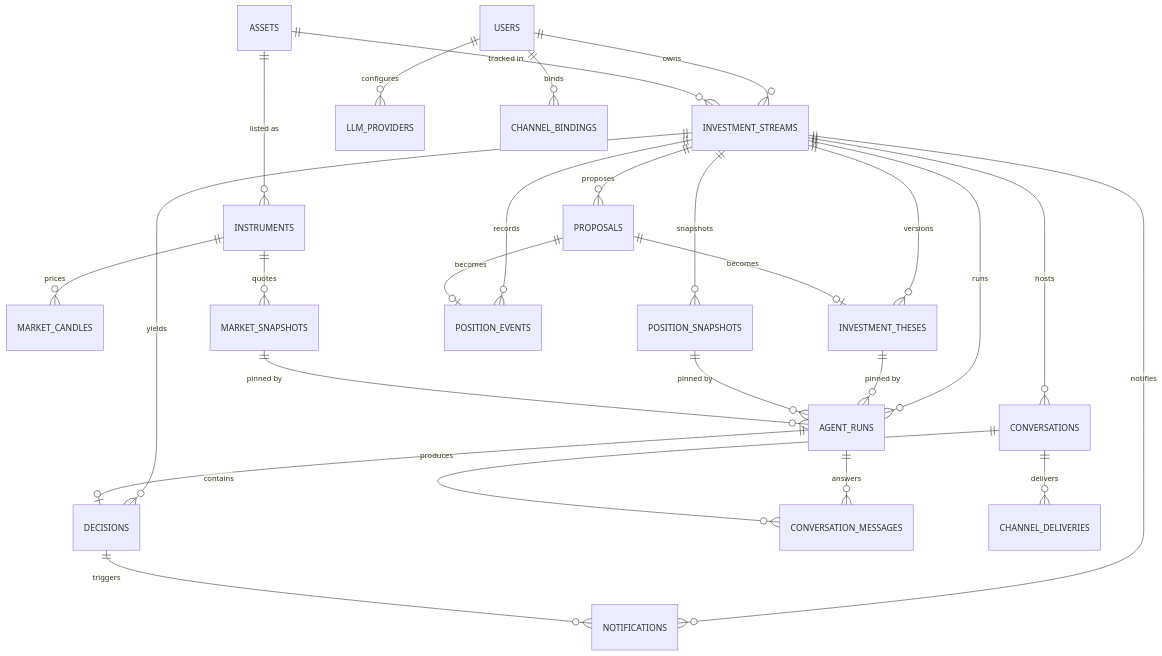
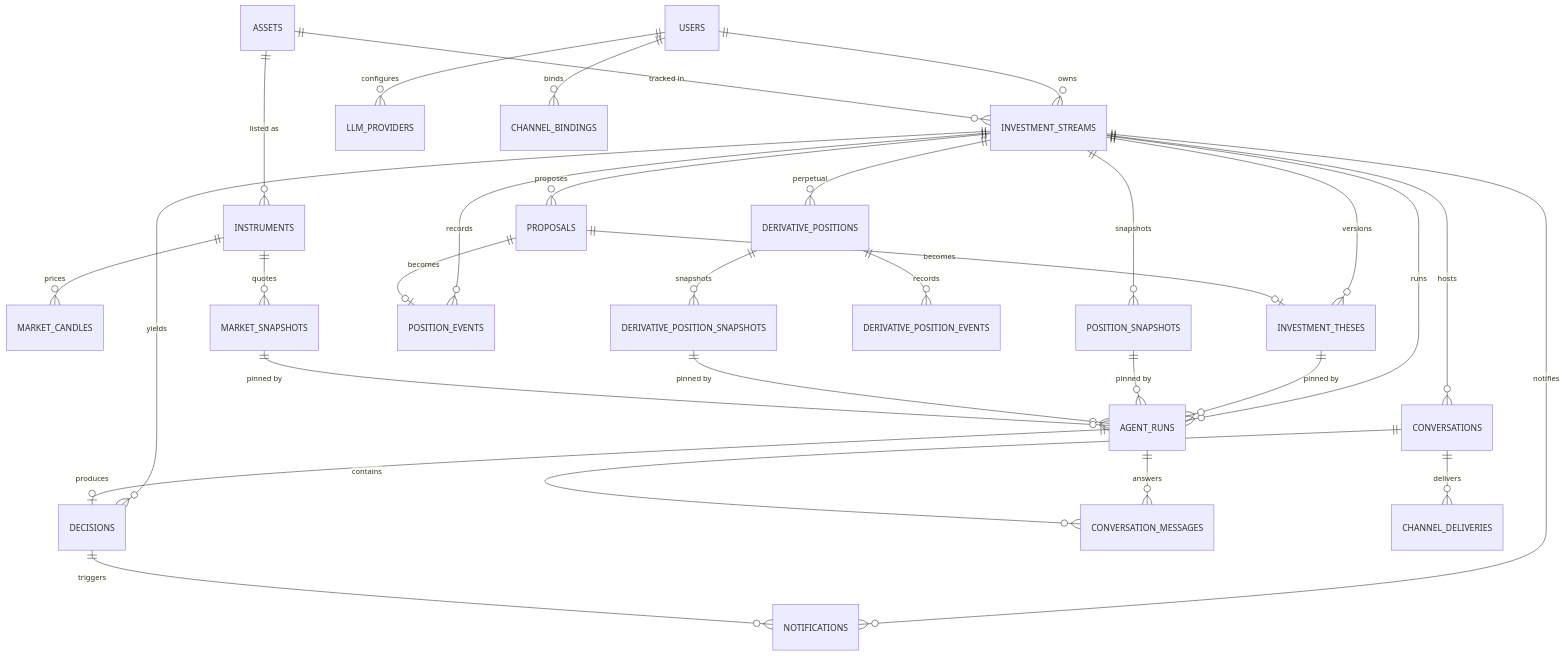
The diagram in docs/design/01-domain-model.md (leo-lee-4231/thesium), drawn with Mermaid before and after one commit. The commit also changed other lines of this file and 20 other files, not shown here.

````diff
--- a/docs/design/01-domain-model.md
+++ b/docs/design/01-domain-model.md
@@ -113,35 +138,39 @@
 ```mermaid
 erDiagram
     USERS ||--o{ INVESTMENT_STREAMS : "owns"
     USERS ||--o{ LLM_PROVIDERS : "configures"
     USERS ||--o{ CHANNEL_BINDINGS : "binds"
 
     ASSETS ||--o{ INSTRUMENTS : "listed as"
     ASSETS ||--o{ INVESTMENT_STREAMS : "tracked in"
     INSTRUMENTS ||--o{ MARKET_CANDLES : "prices"
     INSTRUMENTS ||--o{ MARKET_SNAPSHOTS : "quotes"
 
     INVESTMENT_STREAMS ||--o{ INVESTMENT_THESES : "versions"
     INVESTMENT_STREAMS ||--o{ POSITION_EVENTS : "records"
     INVESTMENT_STREAMS ||--o{ POSITION_SNAPSHOTS : "snapshots"
+    INVESTMENT_STREAMS ||--o{ DERIVATIVE_POSITIONS : "perpetual"
+    DERIVATIVE_POSITIONS ||--o{ DERIVATIVE_POSITION_EVENTS : "records"
+    DERIVATIVE_POSITIONS ||--o{ DERIVATIVE_POSITION_SNAPSHOTS : "snapshots"
     INVESTMENT_STREAMS ||--o{ AGENT_RUNS : "runs"
     INVESTMENT_STREAMS ||--o{ DECISIONS : "yields"
     INVESTMENT_STREAMS ||--o{ CONVERSATIONS : "hosts"
     INVESTMENT_STREAMS ||--o{ PROPOSALS : "proposes"
     INVESTMENT_STREAMS ||--o{ NOTIFICATIONS : "notifies"
 
     INVESTMENT_THESES ||--o{ AGENT_RUNS : "pinned by"
     POSITION_SNAPSHOTS ||--o{ AGENT_RUNS : "pinned by"
+    DERIVATIVE_POSITION_SNAPSHOTS ||--o{ AGENT_RUNS : "pinned by"
     MARKET_SNAPSHOTS ||--o{ AGENT_RUNS : "pinned by"
 
     AGENT_RUNS ||--o| DECISIONS : "produces"
     AGENT_RUNS ||--o{ CONVERSATION_MESSAGES : "answers"
 
     CONVERSATIONS ||--o{ CONVERSATION_MESSAGES : "contains"
     CONVERSATIONS ||--o{ CHANNEL_DELIVERIES : "delivers"
 
     PROPOSALS ||--o| INVESTMENT_THESES : "becomes"
     PROPOSALS ||--o| POSITION_EVENTS : "becomes"
 
     DECISIONS ||--o{ NOTIFICATIONS : "triggers"
 ```
````
